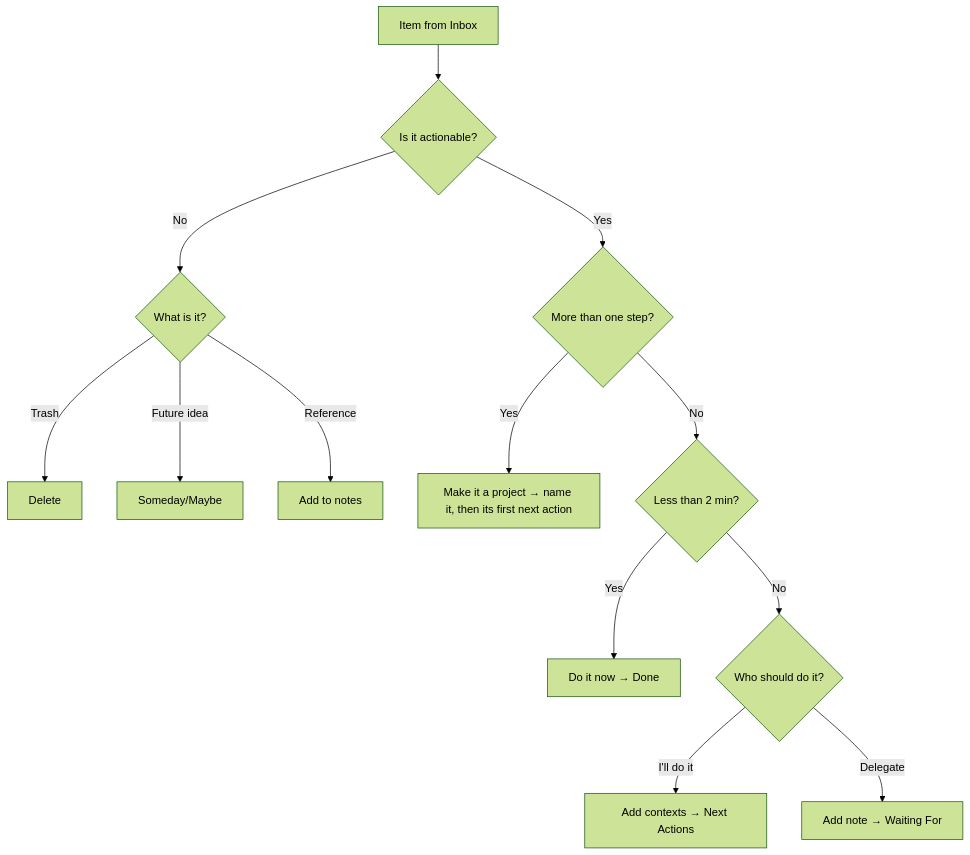
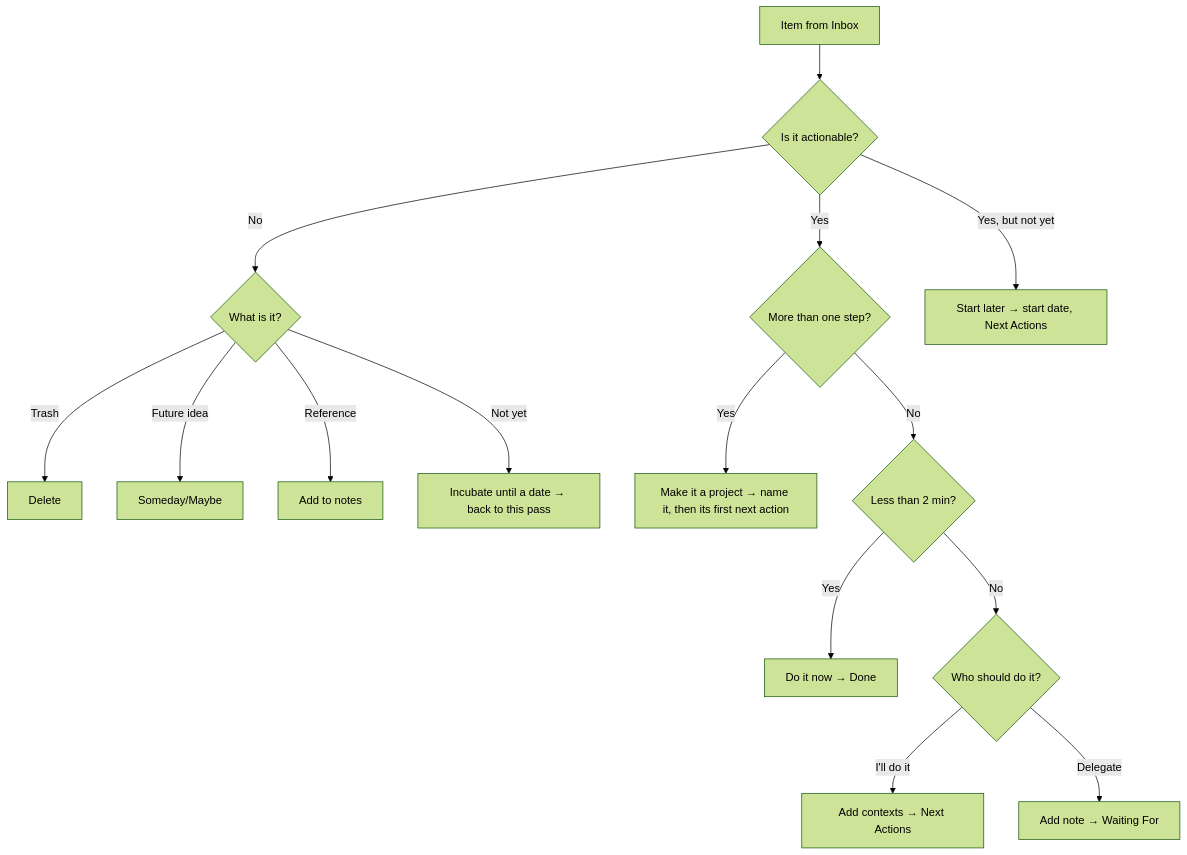
Before and after one commit to dongdongbh/mindwtr-web: the diagram in docs/de/use/gtd-workflow.md, drawn with Mermaid (forest theme). The commit also changed other lines of this file and 5 other files, not shown here.

Commit message:
docs(gtd-workflow): document Incubate and the Start later rename (#1089)

````diff
--- a/docs/de/use/gtd-workflow.md
+++ b/docs/de/use/gtd-workflow.md
@@ -83,15 +83,17 @@
 ```mermaid
 flowchart TD
     A[Item from Inbox] --> B{Is it actionable?}
     B -->|No| C{What is it?}
     C -->|Trash| D[Delete]
     C -->|Future idea| E[Someday/Maybe]
     C -->|Reference| F[Add to notes]
+    C -->|Not yet| N[Incubate until a date → back to this pass]
     B -->|Yes| P{More than one step?}
+    B -->|Yes, but not yet| S[Start later → start date, Next Actions]
     P -->|Yes| Q[Make it a project → name it, then its first next action]
     P -->|No| G{Less than 2 min?}
     G -->|Yes| H[Do it now → Done]
     G -->|No| I{Who should do it?}
     I -->|I'll do it| J[Add contexts → Next Actions]
     I -->|Delegate| K[Add note → Waiting For]
 ```
````
